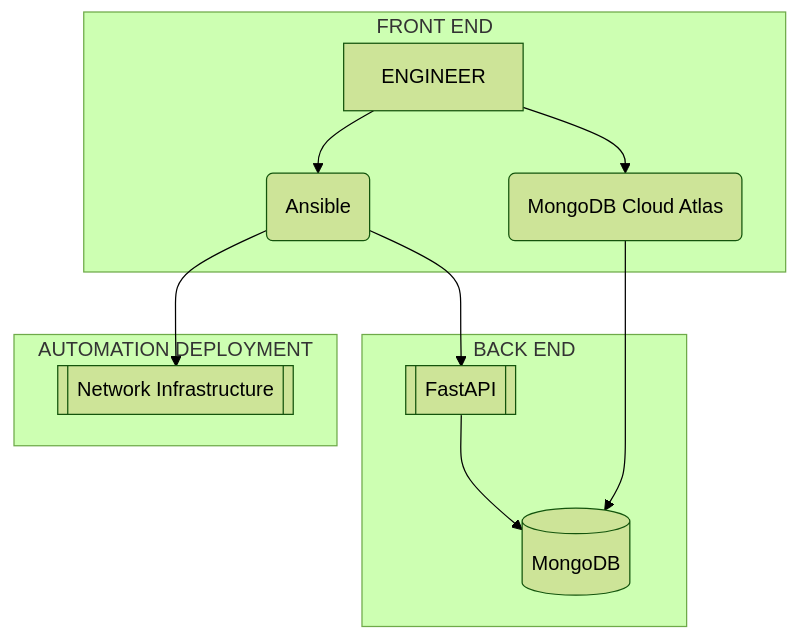
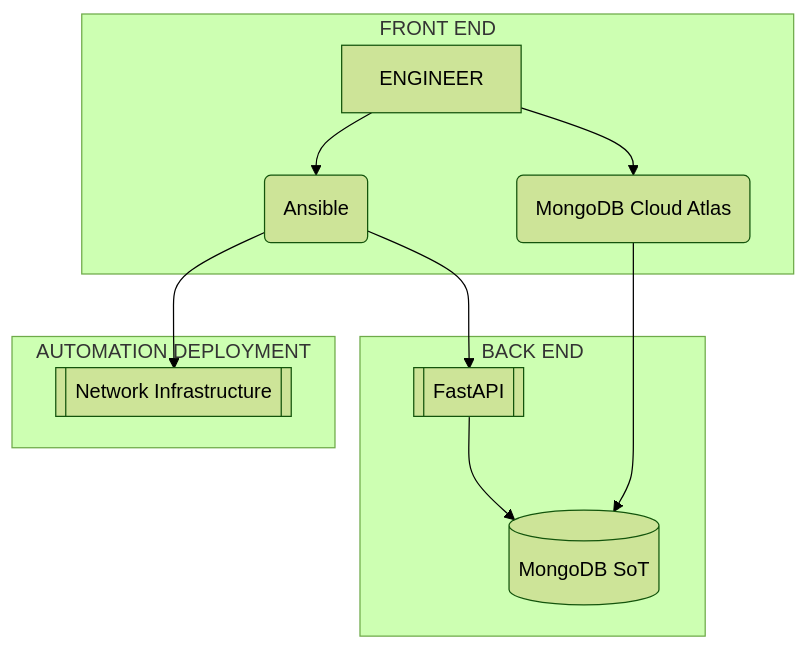
One commit to jnaranjom/iac_network_deployment changed the diagram in diagrams/automation_framework.md. Above: the diagram before and after it, drawn with Mermaid (forest theme).

````diff
--- a/diagrams/automation_framework.md
+++ b/diagrams/automation_framework.md
@@ -1,21 +1,21 @@
 ```mermaid
 flowchart TB
-    A[(MongoDB)]
+    A[(MongoDB SoT)]
     B[[FastAPI]]
     C(MongoDB Cloud Atlas)
     D(Ansible)
     E[[Network Infrastructure]]
     F[ENGINEER]
     subgraph BACK END
         B --> A
     end
     subgraph FRONT END
         F --> D
         F --> C
         C --> A
     end
     subgraph AUTOMATION DEPLOYMENT
         D --> B
         D --> E
     end
 ```
````
